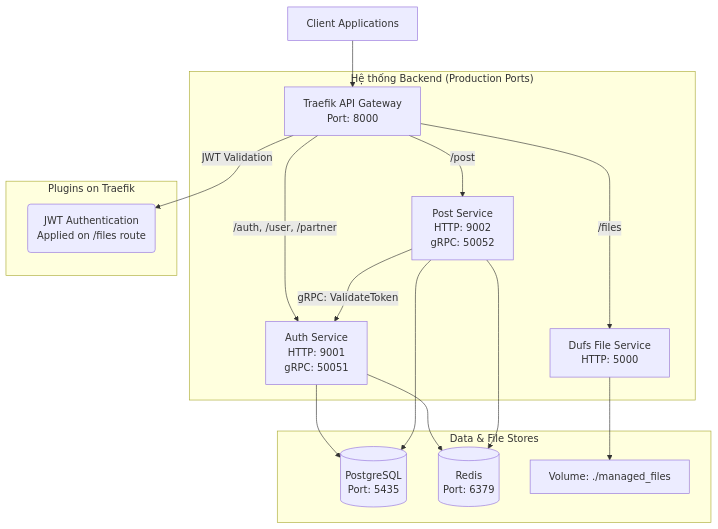
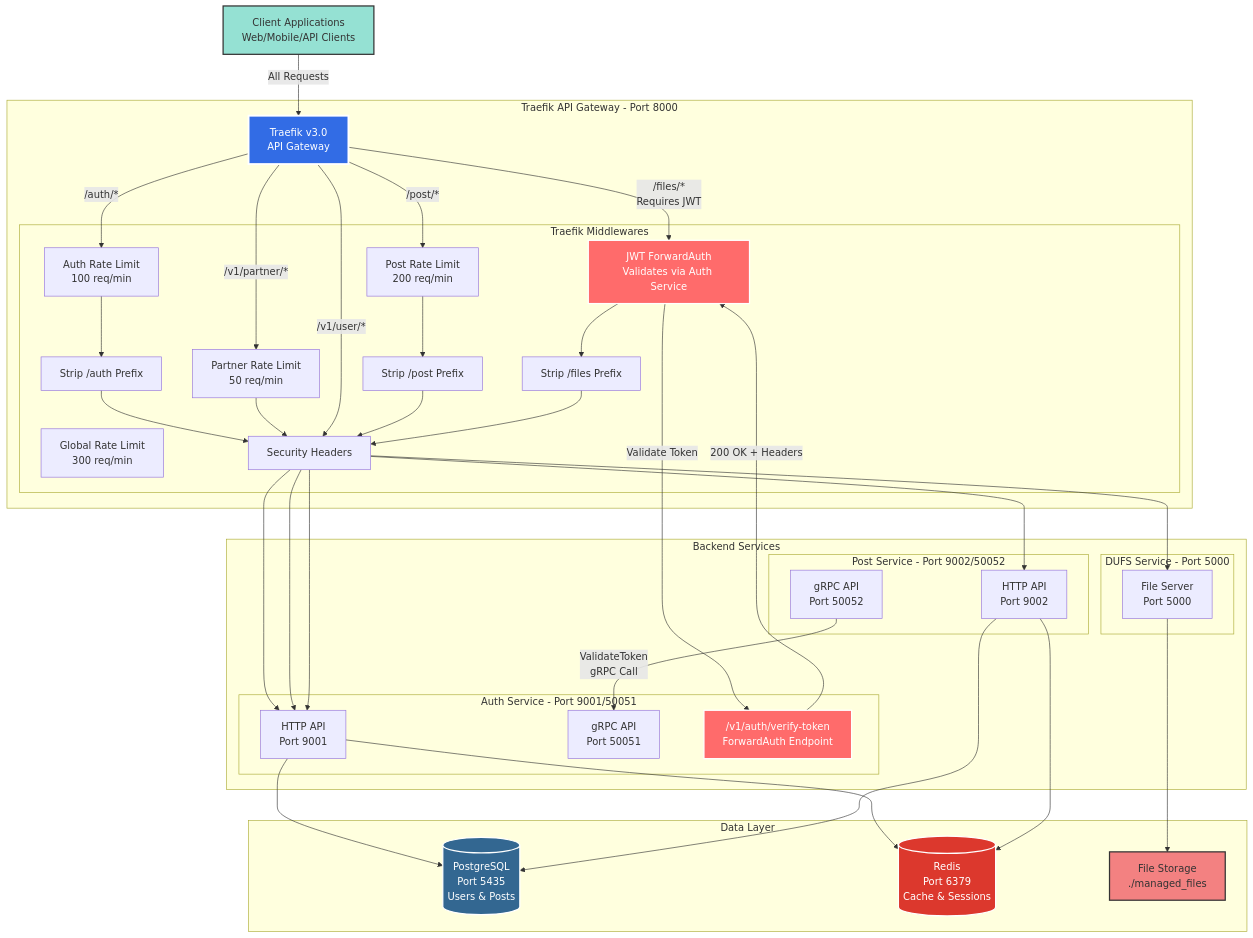
The first of 2 diagrams in ARCHITECTURE.md (tinhthanh/nestjs-microservices), drawn with Mermaid before and after one commit. The commit also changed other lines of this file and 5 other files, not shown here.

````diff
--- a/ARCHITECTURE.md
+++ b/ARCHITECTURE.md
@@ -5,26 +9,85 @@
 ```mermaid
-graph TD
-    Client[Client Applications] --> Traefik[Traefik API Gateway<br/>Port: 8000]
+graph TB
+    Client[Client Applications<br/>Web/Mobile/API Clients]
 
-    subgraph "Hệ thống Backend (Production Ports)"
-        Traefik -- "/auth, /user, /partner" --> AuthService[Auth Service<br/>HTTP: 9001<br/>gRPC: 50051]
-        Traefik -- "/post" --> PostService[Post Service<br/>HTTP: 9002<br/>gRPC: 50052]
-        Traefik -- "/files" --> DufsService[Dufs File Service<br/>HTTP: 5000]
+    subgraph "Traefik API Gateway - Port 8000"
+        Traefik[Traefik v3.0<br/>API Gateway]
 
-        PostService -- "gRPC: ValidateToken" --> AuthService
-    end
-    
-    subgraph "Plugins on Traefik"
-        JWTPlugin(JWT Authentication<br/>Applied on /files route)
+        subgraph "Traefik Middlewares"
+            GlobalRL[Global Rate Limit<br/>300 req/min]
+            AuthRL[Auth Rate Limit<br/>100 req/min]
+            PostRL[Post Rate Limit<br/>200 req/min]
+            PartnerRL[Partner Rate Limit<br/>50 req/min]
+            JWTAuth[JWT ForwardAuth<br/>Validates via Auth Service]
+            StripAuth[Strip /auth Prefix]
+            StripPost[Strip /post Prefix]
+            StripFiles[Strip /files Prefix]
+            SecHeaders[Security Headers]
+        end
     end
 
-    Traefik -- "JWT Validation" --> JWTPlugin
+    subgraph "Backend Services"
+        subgraph "Auth Service - Port 9001/50051"
+            AuthHTTP[HTTP API<br/>Port 9001]
+            AuthGRPC[gRPC API<br/>Port 50051]
+            AuthVerify["/v1/auth/verify-token<br/>ForwardAuth Endpoint"]
+        end
 
-    subgraph "Data & File Stores"
-        AuthService --> PostgreSQL[(PostgreSQL<br/>Port: 5435)]
-        PostService --> PostgreSQL
-        AuthService --> Redis[(Redis<br/>Port: 6379)]
-        PostService --> Redis
-        DufsService --> ManagedFiles[Volume: ./managed_files]
+        subgraph "Post Service - Port 9002/50052"
+            PostHTTP[HTTP API<br/>Port 9002]
+            PostGRPC[gRPC API<br/>Port 50052]
+        end
+
+        subgraph "DUFS Service - Port 5000"
+            DufsHTTP[File Server<br/>Port 5000]
+        end
     end
+
+    subgraph "Data Layer"
+        PostgreSQL[(PostgreSQL<br/>Port 5435<br/>Users & Posts)]
+        Redis[(Redis<br/>Port 6379<br/>Cache & Sessions)]
+        ManagedFiles[File Storage<br/>./managed_files]
+    end
+
+    Client -->|All Requests| Traefik
+
+    Traefik -->|/auth/*| AuthRL
+    AuthRL --> StripAuth
+    StripAuth --> SecHeaders
+    SecHeaders --> AuthHTTP
+
+    Traefik -->|/v1/partner/*| PartnerRL
+    PartnerRL --> SecHeaders
+    SecHeaders --> AuthHTTP
+
+    Traefik -->|/v1/user/*| SecHeaders
+    SecHeaders --> AuthHTTP
+
+    Traefik -->|/post/*| PostRL
+    PostRL --> StripPost
+    StripPost --> SecHeaders
+    SecHeaders --> PostHTTP
+
+    Traefik -->|/files/*<br/>Requires JWT| JWTAuth
+    JWTAuth -->|Validate Token| AuthVerify
+    AuthVerify -->|200 OK + Headers| JWTAuth
+    JWTAuth --> StripFiles
+    StripFiles --> SecHeaders
+    SecHeaders --> DufsHTTP
+
+    PostGRPC -->|ValidateToken<br/>gRPC Call| AuthGRPC
+
+    AuthHTTP --> PostgreSQL
+    AuthHTTP --> Redis
+    PostHTTP --> PostgreSQL
+    PostHTTP --> Redis
+    DufsHTTP --> ManagedFiles
+
+    style Traefik fill:#326ce5,stroke:#fff,stroke-width:3px,color:#fff
+    style JWTAuth fill:#ff6b6b,stroke:#fff,stroke-width:2px,color:#fff
+    style AuthVerify fill:#ff6b6b,stroke:#fff,stroke-width:2px,color:#fff
+    style Client fill:#95e1d3,stroke:#333,stroke-width:2px
+    style PostgreSQL fill:#336791,stroke:#fff,stroke-width:2px,color:#fff
+    style Redis fill:#dc382d,stroke:#fff,stroke-width:2px,color:#fff
+    style ManagedFiles fill:#f38181,stroke:#333,stroke-width:2px
 ```
````
